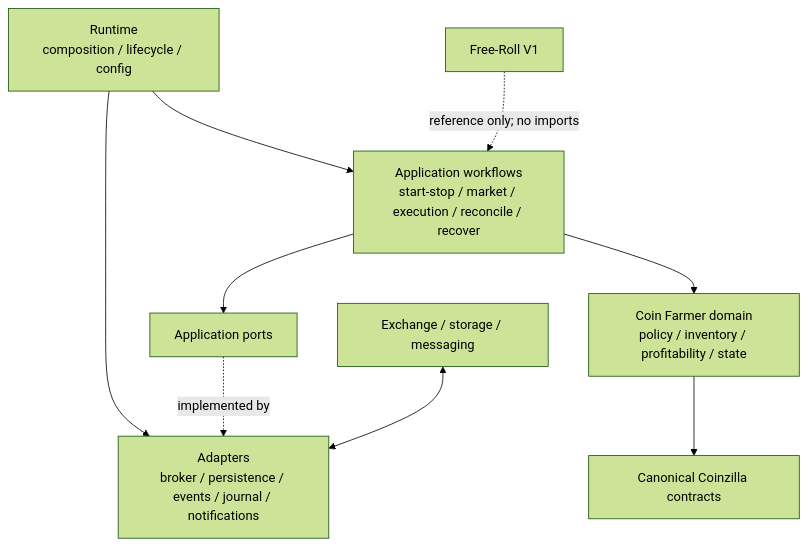
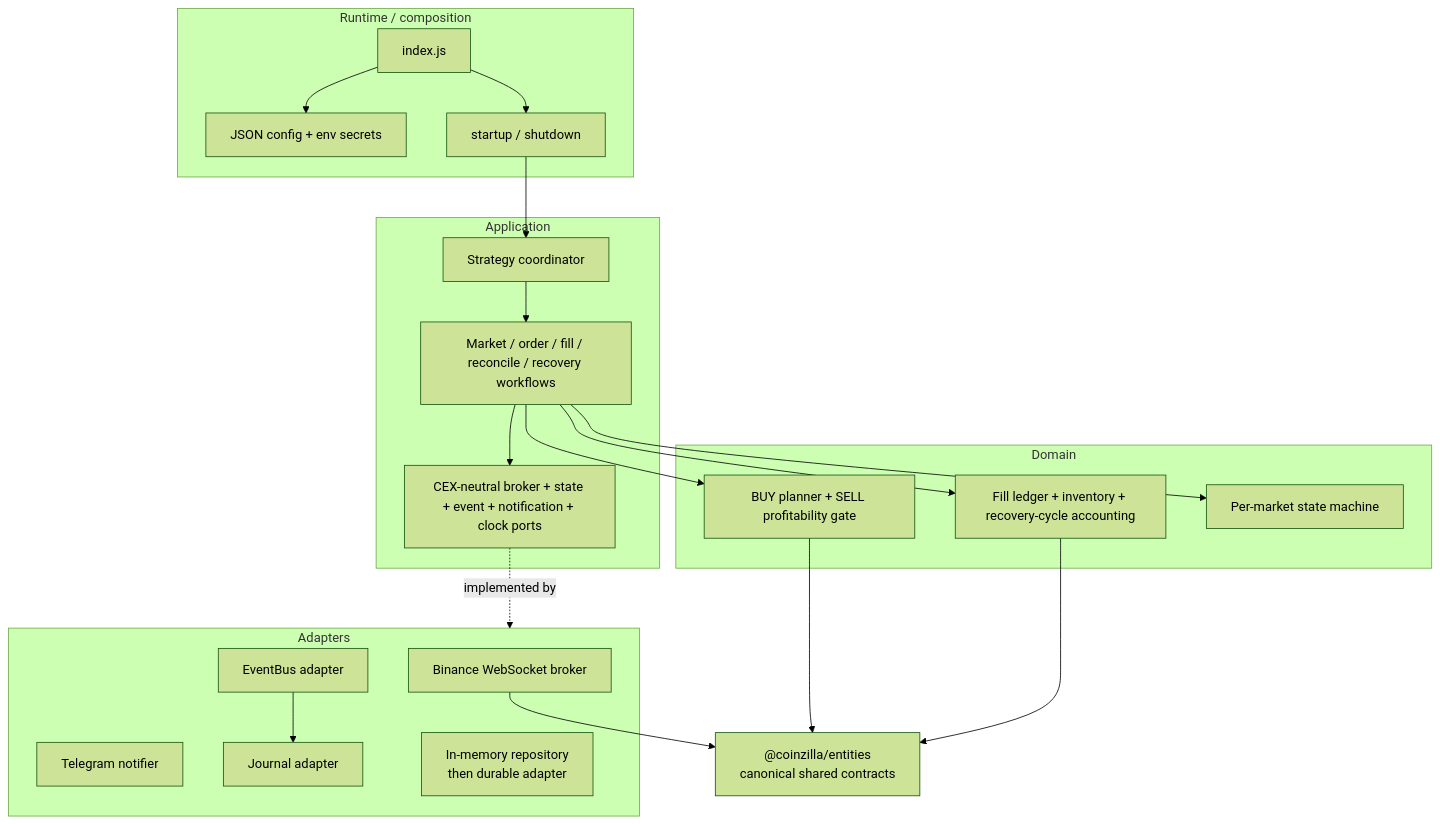
The diagram in apps/bot-coin-farmer/docs/architecture/diagrams/component-architecture.mmd (45s/coinzilla), drawn with Mermaid (forest theme) before and after one commit.

Commit message:
docs: replace placeholder Coin Farmer diagrams with concrete flows

```diff
--- a/apps/bot-coin-farmer/docs/architecture/diagrams/component-architecture.mmd
+++ b/apps/bot-coin-farmer/docs/architecture/diagrams/component-architecture.mmd
@@ -1,17 +1,38 @@
 flowchart TB
-  runtime["Runtime\ncomposition / lifecycle / config"]
-  adapters["Adapters\nbroker / persistence / events / journal / notifications"]
-  ports["Application ports"]
-  app["Application workflows\nstart-stop / market / execution / reconcile / recover"]
-  domain["Coin Farmer domain\npolicy / inventory / profitability / state"]
-  contracts["Canonical Coinzilla contracts"]
+  subgraph runtime["Runtime / composition"]
+    entry["index.js"]
+    config["JSON config + env secrets"]
+    lifecycle["startup / shutdown"]
+  end
+  subgraph application["Application"]
+    coordinator["Strategy coordinator"]
+    workflows["Market / order / fill / reconcile / recovery workflows"]
+    ports["CEX-neutral broker + state + event + notification + clock ports"]
+  end
+  subgraph domain["Domain"]
+    policy["BUY planner + SELL profitability gate"]
+    ledger["Fill ledger + inventory + recovery-cycle accounting"]
+    state["Per-market state machine"]
+  end
+  subgraph adapters["Adapters"]
+    binance["Binance WebSocket broker"]
+    telegram["Telegram notifier"]
+    eventAdapter["EventBus adapter"]
+    journal["Journal adapter"]
+    persistence["In-memory repository\nthen durable adapter"]
+  end
+  entities["@coinzilla/entities\ncanonical shared contracts"]
 
-  runtime --> adapters
-  runtime --> app
-  app --> ports
-  ports -. "implemented by" .-> adapters
-  app --> domain
-  domain --> contracts
-
-  external["Exchange / storage / messaging"] <--> adapters
-  v1["Free-Roll V1"] -. "reference only; no imports" .-> app
+  entry --> config
+  entry --> lifecycle
+  lifecycle --> coordinator
+  coordinator --> workflows
+  workflows --> ports
+  workflows --> policy
+  workflows --> ledger
+  workflows --> state
+  ports -. implemented by .-> adapters
+  policy --> entities
+  ledger --> entities
+  binance --> entities
+  eventAdapter --> journal
```
